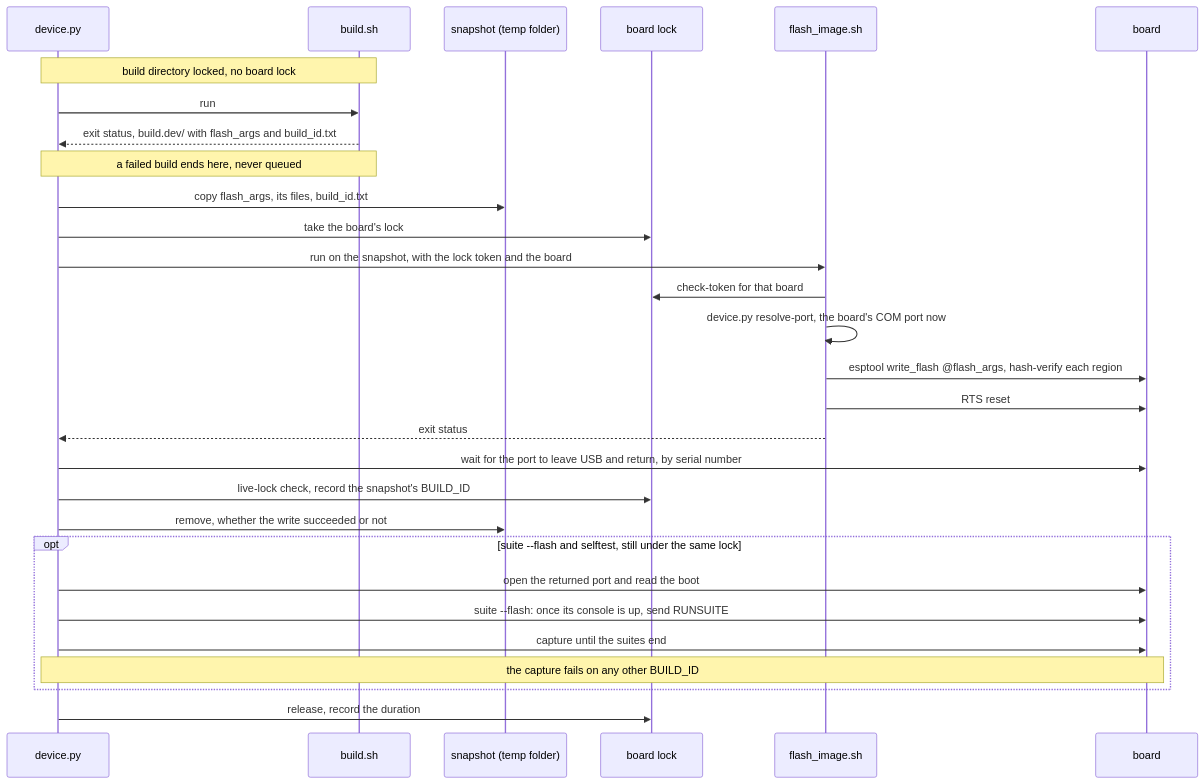
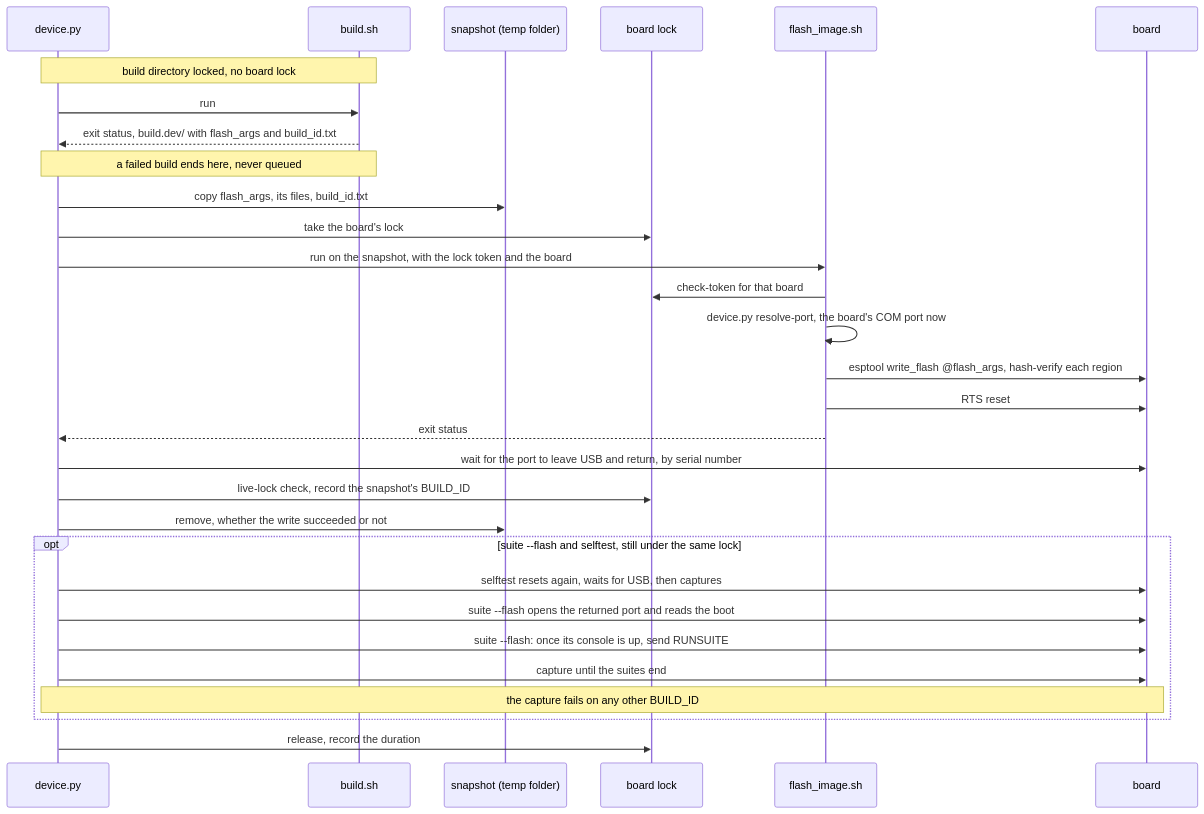
One commit to jose-villegas/autana changed the diagram in docs/tools/Flash-and-Captures.md. Above: the diagram before and after it, drawn with Mermaid. The commit also changed other lines of this file and 7 other files, not shown here.

````diff
--- a/docs/tools/Flash-and-Captures.md
+++ b/docs/tools/Flash-and-Captures.md
@@ -41,32 +41,33 @@
 ```mermaid
 sequenceDiagram
     participant Dev as device.py
     participant Build as build.sh
     participant Snap as snapshot (temp folder)
     participant Lock as board lock
     participant Sh as flash_image.sh
     participant Board as board
 
     Note over Dev,Build: build directory locked, no board lock
     Dev->>Build: run
     Build-->>Dev: exit status, build.dev/ with flash_args and build_id.txt
     Note over Dev,Build: a failed build ends here, never queued
     Dev->>Snap: copy flash_args, its files, build_id.txt
     Dev->>Lock: take the board's lock
     Dev->>Sh: run on the snapshot, with the lock token and the board
     Sh->>Lock: check-token for that board
     Sh->>Sh: device.py resolve-port, the board's COM port now
     Sh->>Board: esptool write_flash @flash_args, hash-verify each region
     Sh->>Board: RTS reset
     Sh-->>Dev: exit status
     Dev->>Board: wait for the port to leave USB and return, by serial number
     Dev->>Lock: live-lock check, record the snapshot's BUILD_ID
     Dev->>Snap: remove, whether the write succeeded or not
     opt suite --flash and selftest, still under the same lock
-        Dev->>Board: open the returned port and read the boot
+        Dev->>Board: selftest resets again, waits for USB, then captures
+        Dev->>Board: suite --flash opens the returned port and reads the boot
         Dev->>Board: suite --flash: once its console is up, send RUNSUITE
         Dev->>Board: capture until the suites end
         Note over Dev,Board: the capture fails on any other BUILD_ID
     end
     Dev->>Lock: release, record the duration
 ```
````
